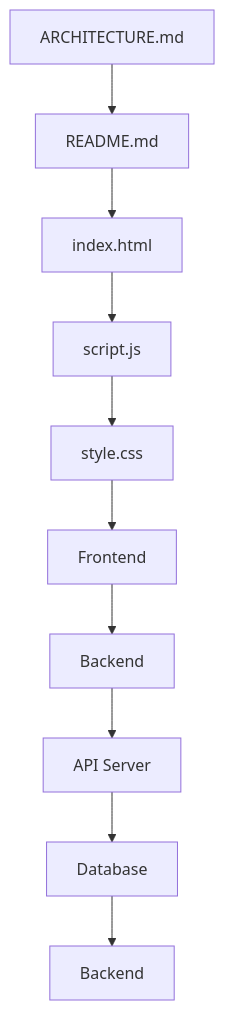
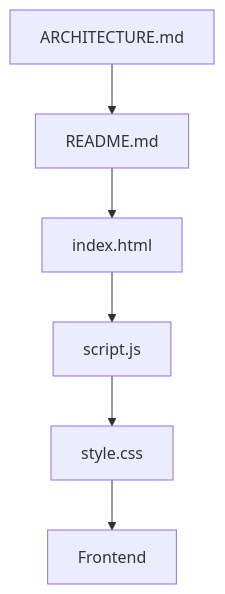
One commit to nirzaraghure/qr-code-generator changed the diagram in ARCHITECTURE.md. Above: the diagram before and after it, drawn with Mermaid.

Commit message:
🤖 GitGenius: AI-generated code fix

````diff
--- a/ARCHITECTURE.md
+++ b/ARCHITECTURE.md
@@ -3,12 +3,8 @@
 ```mermaid
 graph TD
     A[ARCHITECTURE.md] --> B[README.md]
     B --> C[index.html]
     C --> D[script.js]
     D --> E[style.css]
     E --> F[Frontend]
-    F --> G[Backend]
-    G --> H[API Server]
-    H --> I[Database]
-    I --> J[Backend]
 ```
````
